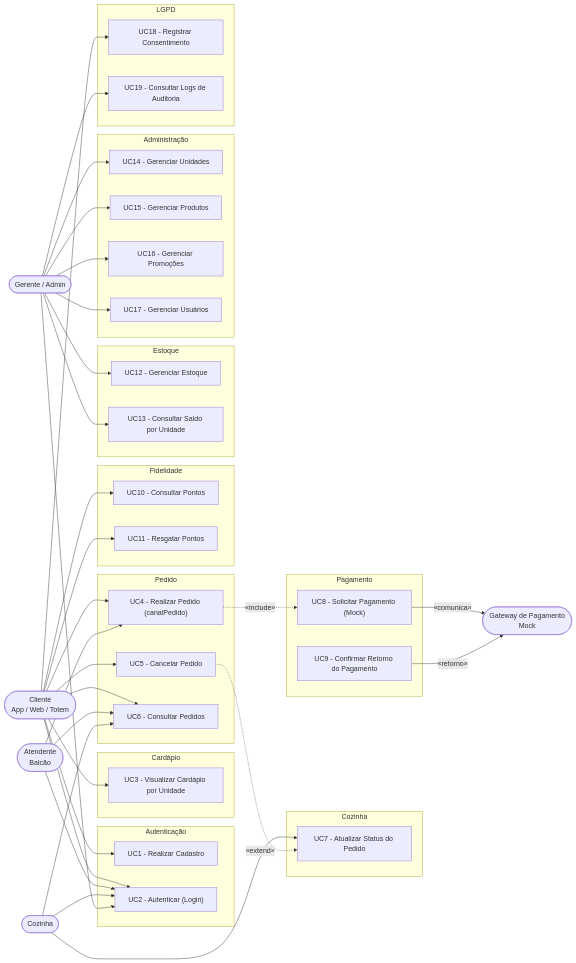
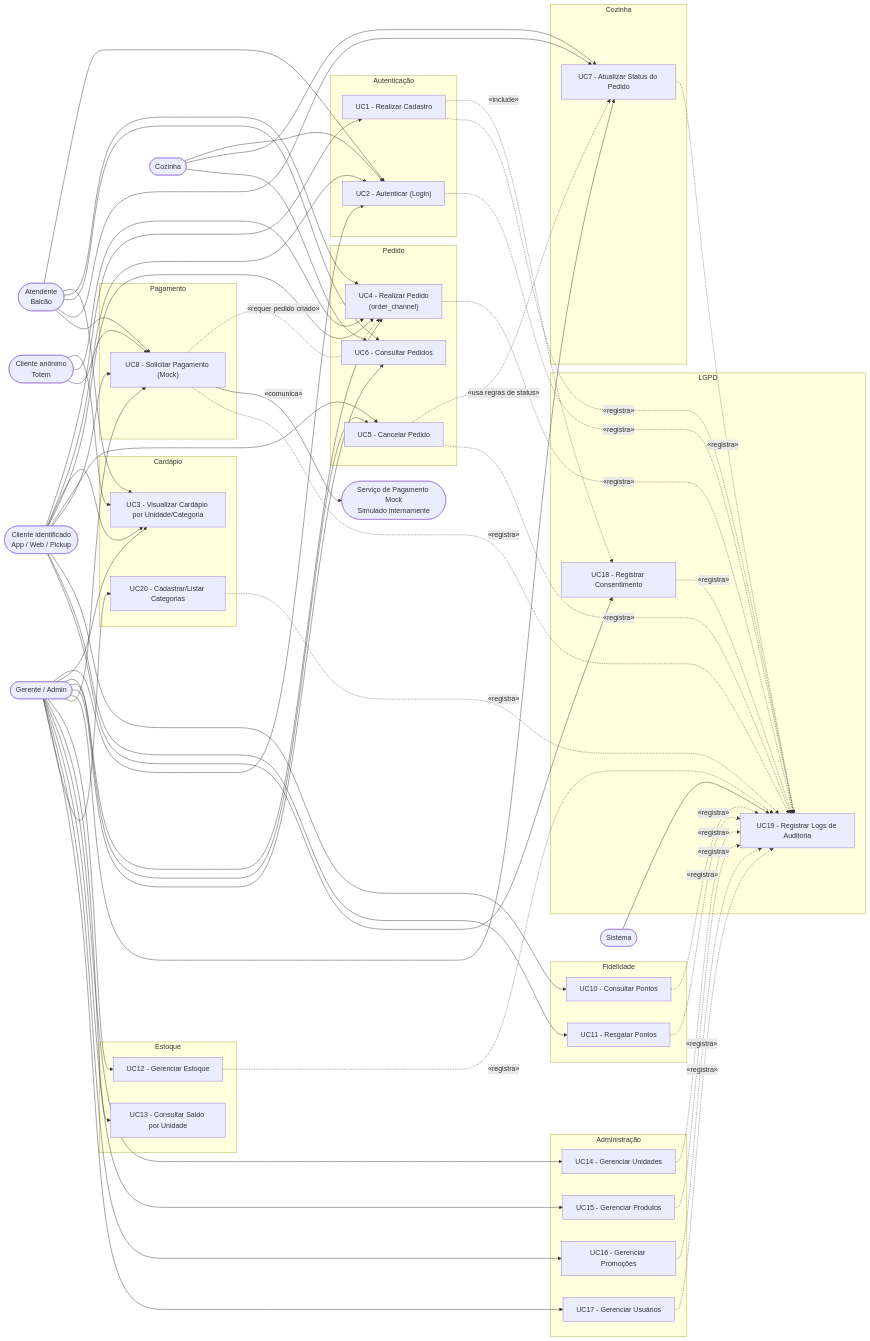
The diagram in docs/USE_CASES.md (estevan-ulian/raizes-do-nordeste-backend-uninter), drawn with Mermaid before and after one commit. The commit also changed 4 other files, not shown here.

Commit message:
docs: update architecture, ER, class diagrams and README with latest model changes

````diff
--- a/docs/USE_CASES.md
+++ b/docs/USE_CASES.md
@@ -3,11 +3,13 @@
 ```mermaid
 flowchart LR
     %% Atores
-    Cliente(["Cliente\nApp / Web / Totem"])
+    Cliente(["Cliente identificado\nApp / Web / Pickup"])
+    Totem(["Cliente anônimo\nTotem"])
     Atendente(["Atendente\nBalcão"])
     Cozinha(["Cozinha"])
     Gerente(["Gerente / Admin"])
-    Gateway(["Gateway de Pagamento\nMock"])
+    Gateway(["Serviço de Pagamento Mock\nSimulado internamente"])
+    Sistema(["Sistema"])
 
     %% Autenticação
     subgraph AUTH["Autenticação"]
@@ -17,12 +19,13 @@
 
     %% Cardápio
     subgraph CARD["Cardápio"]
-        UC3["UC3 - Visualizar Cardápio por Unidade"]
+        UC3["UC3 - Visualizar Cardápio por Unidade/Categoria"]
+        UC20["UC20 - Cadastrar/Listar Categorias"]
     end
 
     %% Pedido
     subgraph PEDIDO["Pedido"]
-        UC4["UC4 - Realizar Pedido (canalPedido)"]
+        UC4["UC4 - Realizar Pedido\n(order_channel)"]
         UC5["UC5 - Cancelar Pedido"]
         UC6["UC6 - Consultar Pedidos"]
     end
@@ -35,7 +38,6 @@
     %% Pagamento
     subgraph PAG["Pagamento"]
         UC8["UC8 - Solicitar Pagamento (Mock)"]
-        UC9["UC9 - Confirmar Retorno do Pagamento"]
     end
 
     %% Fidelidade
@@ -61,24 +63,29 @@
     %% LGPD
     subgraph LGPD["LGPD"]
         UC18["UC18 - Registrar Consentimento"]
-        UC19["UC19 - Consultar Logs de Auditoria"]
+        UC19["UC19 - Registrar Logs de Auditoria"]
     end
 
     %% Relacionamentos - Cliente
-    Cliente --> UC1 & UC2 & UC3 & UC4 & UC5 & UC6 & UC10 & UC11 & UC18
+    Cliente --> UC1 & UC2 & UC3 & UC4 & UC5 & UC8 & UC10 & UC11 & UC18
+
+    %% Relacionamentos - Totem anônimo
+    Totem --> UC3 & UC4 & UC8
 
     %% Relacionamentos - Atendente
-    Atendente --> UC2 & UC4 & UC6
+    Atendente --> UC2 & UC3 & UC4 & UC6 & UC7 & UC8
 
     %% Relacionamentos - Cozinha
     Cozinha --> UC2 & UC7 & UC6
 
     %% Relacionamentos - Gerente
-    Gerente --> UC2 & UC12 & UC13 & UC14 & UC15 & UC16 & UC17 & UC19
+    Gerente --> UC2 & UC3 & UC4 & UC5 & UC6 & UC7 & UC8 & UC12 & UC13 & UC14 & UC15 & UC16 & UC17 & UC20
 
     %% Include / Extend / Comunicação
-    UC4 -.->|«include»| UC8
+    UC8 -.->|«requer pedido criado»| UC4
     UC8 -->|«comunica»| Gateway
-    UC9 -->|«retorno»| Gateway
-    UC5 -.->|«extend»| UC7
+    UC5 -.->|«usa regras de status»| UC7
+    UC1 -.->|«include»| UC18
+    Sistema --> UC19
+    UC1 & UC2 & UC4 & UC5 & UC7 & UC8 & UC10 & UC11 & UC12 & UC14 & UC15 & UC16 & UC17 & UC18 & UC20 -.->|«registra»| UC19
 ```
````
